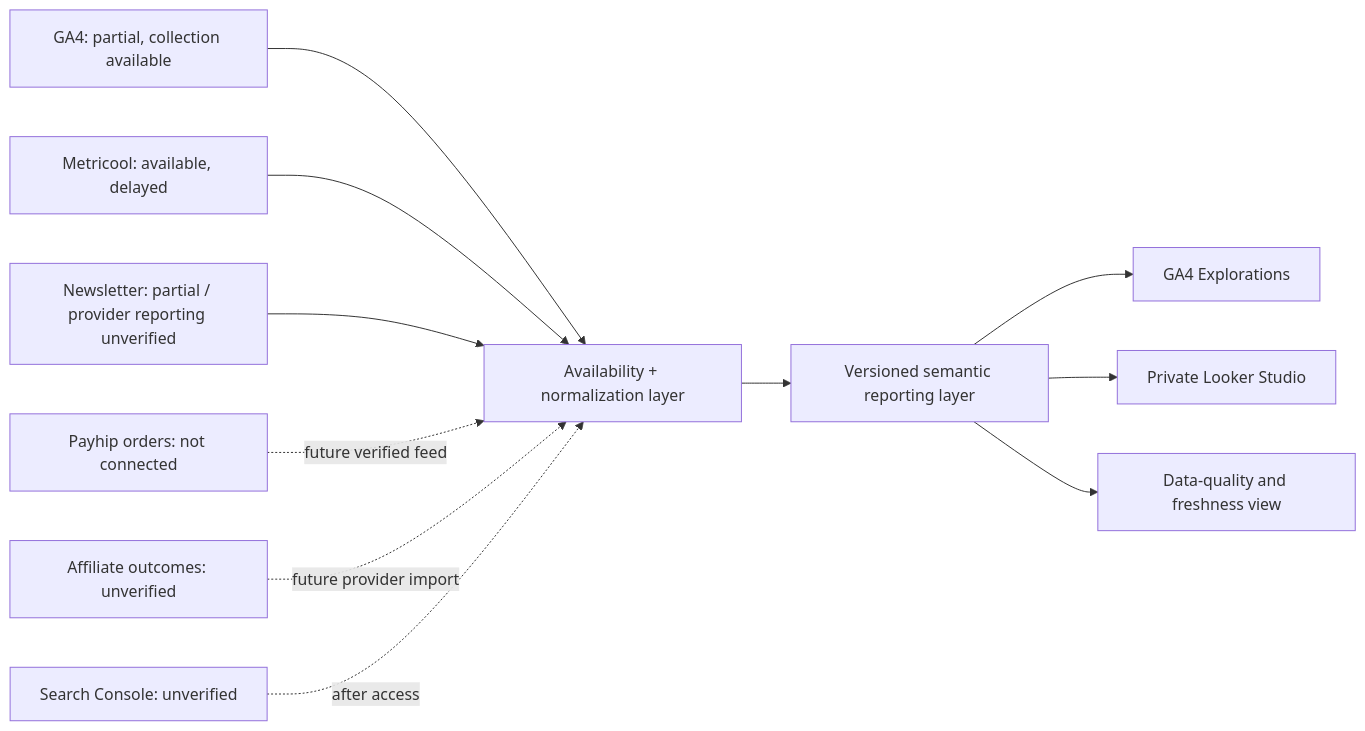
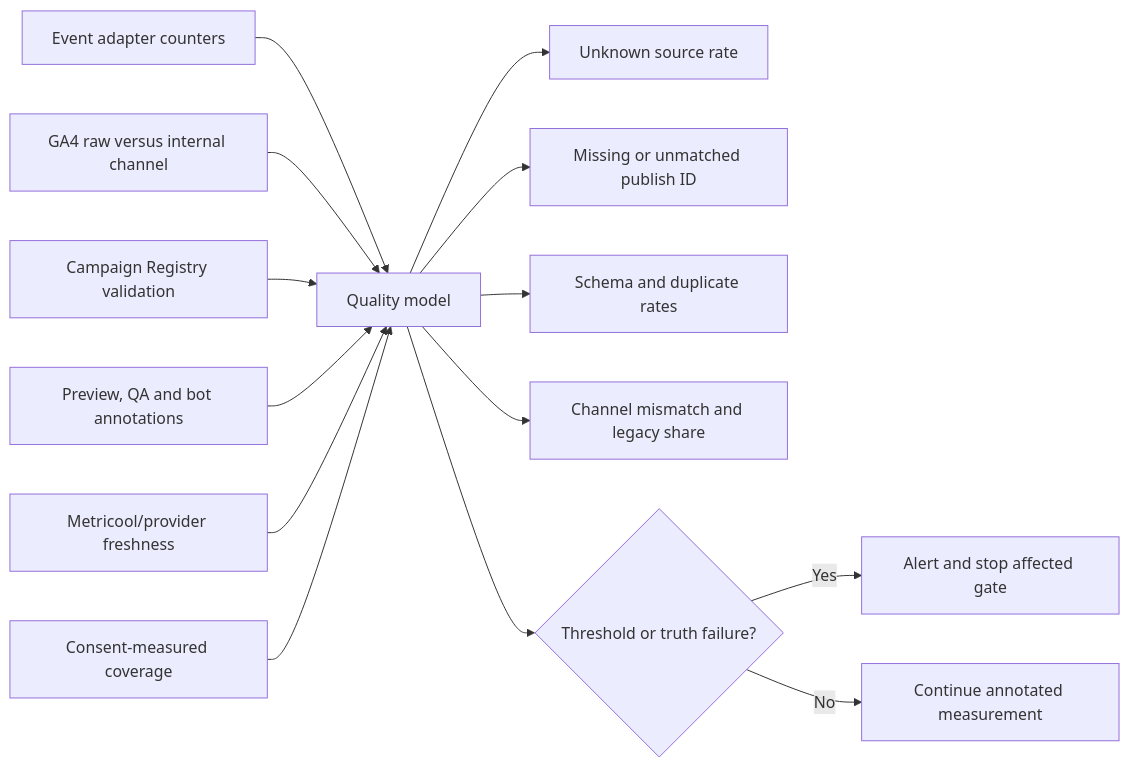
Before and after one commit to CHENGWEE711/first-china-trip-kit: the seventh of 8 diagrams in docs/V3_PHASE_4B_GROWTH_PLATFORM_ARCHITECTURE.md, drawn with Mermaid. The commit also changed other lines of this file and 3 other files, not shown here.

Commit message:
docs(growth): complete V3 phase 4B platform architecture

````diff
--- a/docs/V3_PHASE_4B_GROWTH_PLATFORM_ARCHITECTURE.md
+++ b/docs/V3_PHASE_4B_GROWTH_PLATFORM_ARCHITECTURE.md
@@ -1138,13 +1479,16 @@
 ```mermaid
 flowchart LR
-    A["GA4: partial, collection available"] --> G["Availability + normalization layer"]
-    B["Metricool: available, delayed"] --> G
-    C["Newsletter: partial / provider reporting unverified"] --> G
-    D["Payhip orders: not connected"] -. "future verified feed" .-> G
-    E["Affiliate outcomes: unverified"] -. "future provider import" .-> G
-    F["Search Console: unverified"] -. "after access" .-> G
-    G --> H["Versioned semantic reporting layer"]
-    H --> I["GA4 Explorations"]
-    H --> J["Private Looker Studio"]
-    H --> K["Data-quality and freshness view"]
+    A["Event adapter counters"] --> G["Quality model"]
+    B["GA4 raw versus internal channel"] --> G
+    C["Campaign Registry validation"] --> G
+    D["Preview, QA and bot annotations"] --> G
+    E["Metricool/provider freshness"] --> G
+    F["Consent-measured coverage"] --> G
+    G --> H["Unknown source rate"]
+    G --> I["Missing or unmatched publish ID"]
+    G --> J["Schema and duplicate rates"]
+    G --> K["Channel mismatch and legacy share"]
+    G --> L{"Threshold or truth failure?"}
+    L -- "Yes" --> M["Alert and stop affected gate"]
+    L -- "No" --> N["Continue annotated measurement"]
 ```
````
